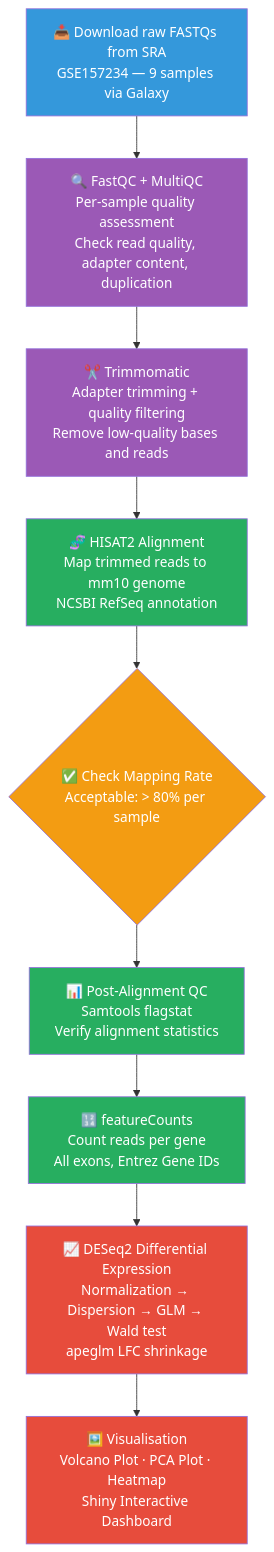
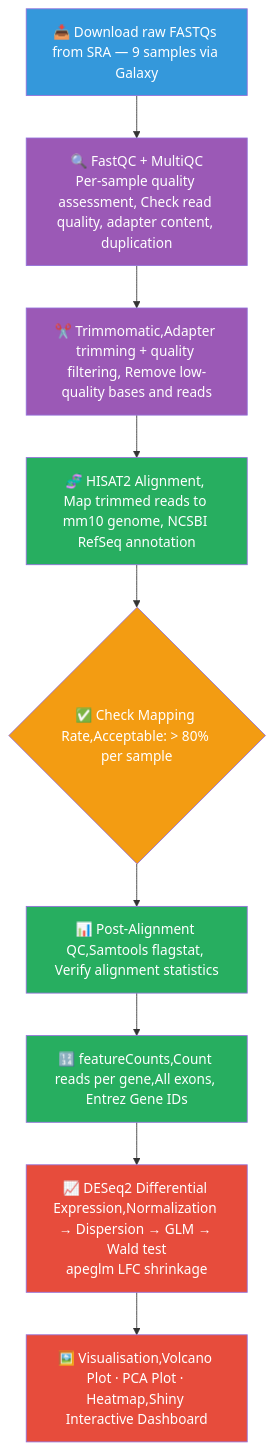
One commit to mdabrarfaiyaj/rna-seq-shiny-pipeline changed the diagram in README.md. Above: the diagram before and after it, drawn with Mermaid.

Commit message:
Update README with project details and instructions

````diff
--- a/README.md
+++ b/README.md
@@ -42,30 +42,30 @@
 ```mermaid
 flowchart TD
-    A[📥 Download raw FASTQs from SRA\nGSE157234 — 9 samples via Galaxy] --> B
+    A[📥 Download raw FASTQs from SRA — 9 samples via Galaxy] --> B
 
-    B[🔍 FastQC + MultiQC\nPer-sample quality assessment\nCheck read quality, adapter content, duplication] --> C
+    B[🔍 FastQC + MultiQC\nPer-sample quality assessment, Check read quality, adapter content, duplication] --> C
 
-    C[✂️ Trimmomatic\nAdapter trimming + quality filtering\nRemove low-quality bases and reads] --> D
+    C[✂️ Trimmomatic,Adapter trimming + quality filtering, Remove low-quality bases and reads] --> D
 
-    D[🧬 HISAT2 Alignment\nMap trimmed reads to mm10 genome\nNCSBI RefSeq annotation] --> E
+    D[🧬 HISAT2 Alignment, Map trimmed reads to mm10 genome, NCSBI RefSeq annotation] --> E
 
-    E{✅ Check Mapping Rate\nAcceptable: > 80% per sample} --> F
+    E{✅ Check Mapping Rate,Acceptable: > 80% per sample} --> F
 
-    F[📊 Post-Alignment QC\nSamtools flagstat\nVerify alignment statistics] --> G
+    F[📊 Post-Alignment QC,Samtools flagstat, Verify alignment statistics] --> G
 
-    G[🔢 featureCounts\nCount reads per gene\nAll exons, Entrez Gene IDs] --> H
+    G[🔢 featureCounts,Count reads per gene,All exons, Entrez Gene IDs] --> H
 
-    H[📈 DESeq2 Differential Expression\nNormalization → Dispersion → GLM → Wald test\napeglm LFC shrinkage] --> I
+    H[📈 DESeq2 Differential Expression,Normalization → Dispersion → GLM → Wald test\napeglm LFC shrinkage] --> I
 
-    I[🖼️ Visualisation\nVolcano Plot · PCA Plot · Heatmap\nShiny Interactive Dashboard]
+    I[🖼️ Visualisation,Volcano Plot · PCA Plot · Heatmap,Shiny Interactive Dashboard]
 
     style A fill:#3498db,color:#fff
     style B fill:#9b59b6,color:#fff
     style C fill:#9b59b6,color:#fff
     style D fill:#27ae60,color:#fff
     style E fill:#f39c12,color:#fff
     style F fill:#27ae60,color:#fff
     style G fill:#27ae60,color:#fff
     style H fill:#e74c3c,color:#fff
     style I fill:#e74c3c,color:#fff
 ```
````
